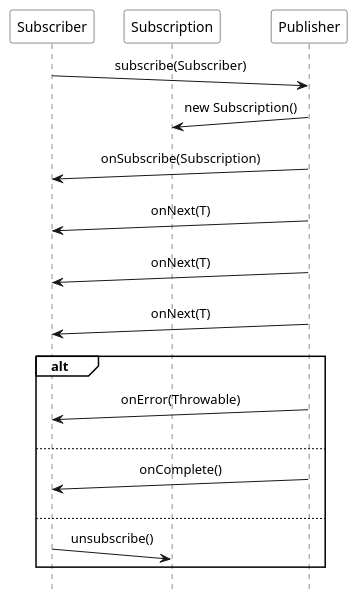
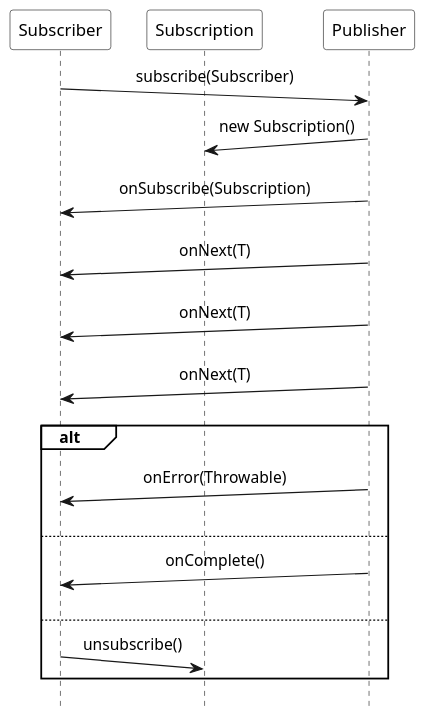
The diagram in images/pattern_Reactive_Extensions.puml (ti-cortex-m4/demo-java-reactive-streams-old), drawn with PlantUML before and after one commit. The commit also changed 4 other files, not shown here.

```diff
--- a/images/pattern_Reactive_Extensions.puml
+++ b/images/pattern_Reactive_Extensions.puml
@@ -1,36 +1,36 @@
 @startuml
 
-scale 1.0
+scale 1.2
 hide footbox
 
 !pragma teoz true
 
 skinparam monochrome true
 skinparam defaultFontName Source Sans Pro
 skinparam sequenceMessageAlign center
 skinparam participantBackgroundColor #white
 skinparam noteBackgroundColor #white
 skinparam sequenceGroupBackgroundColor #white
 skinparam participantPadding 10
 
 participant Subscriber
 participant Subscription
 participant Publisher
 
 Subscriber ->(10) Publisher : subscribe(Subscriber)
 Publisher ->(10) Subscription : new Subscription()
 Publisher ->(10) Subscriber : onSubscribe(Subscription)
 
 Publisher ->(10) Subscriber : onNext(T)
 Publisher ->(10) Subscriber : onNext(T)
 Publisher ->(10) Subscriber : onNext(T)
 
 alt
     Publisher ->(10) Subscriber : onError(Throwable)
 else
     Publisher ->(10) Subscriber : onComplete()
 else
     Subscriber ->(10) Subscription : unsubscribe()
 end
 
 @enduml
```
